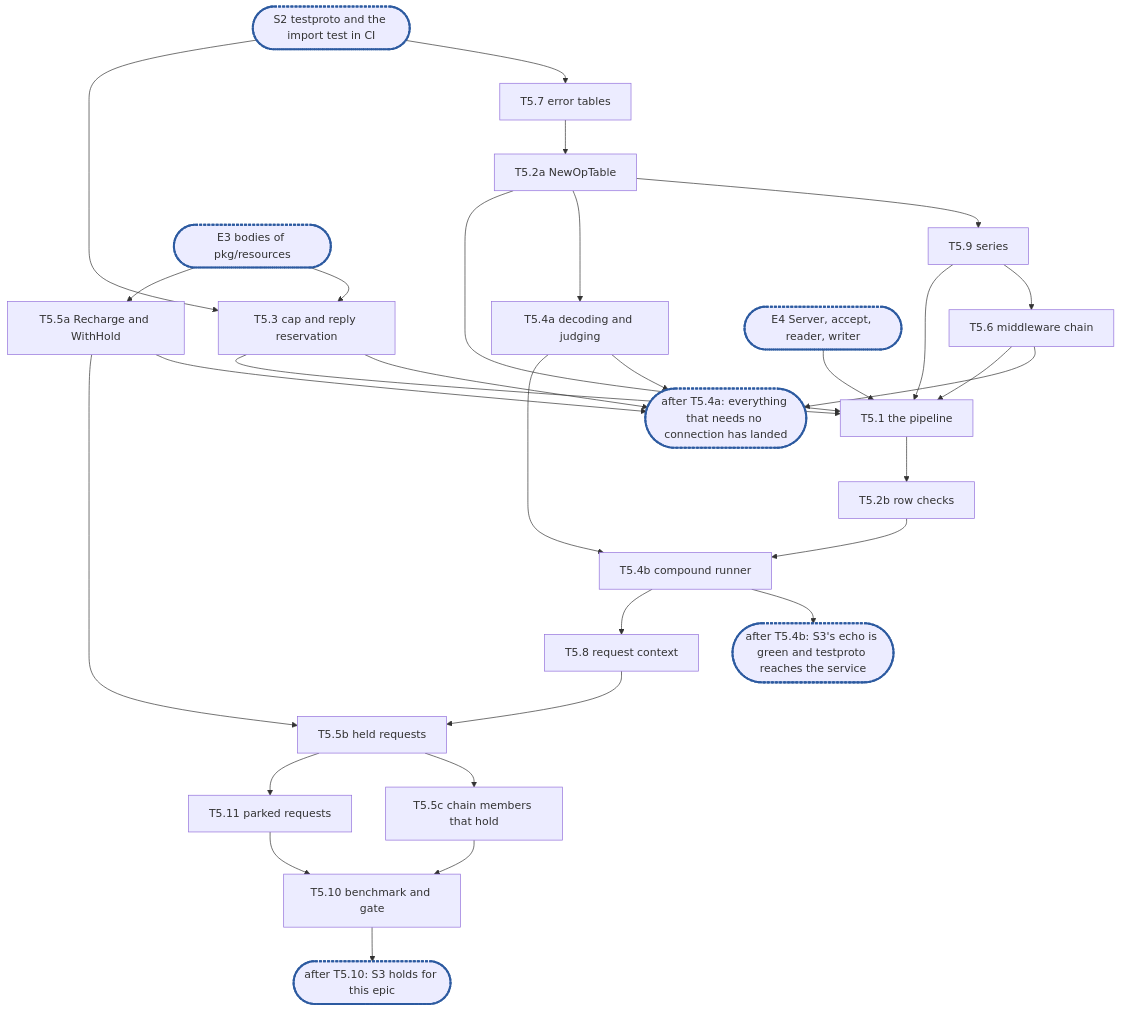
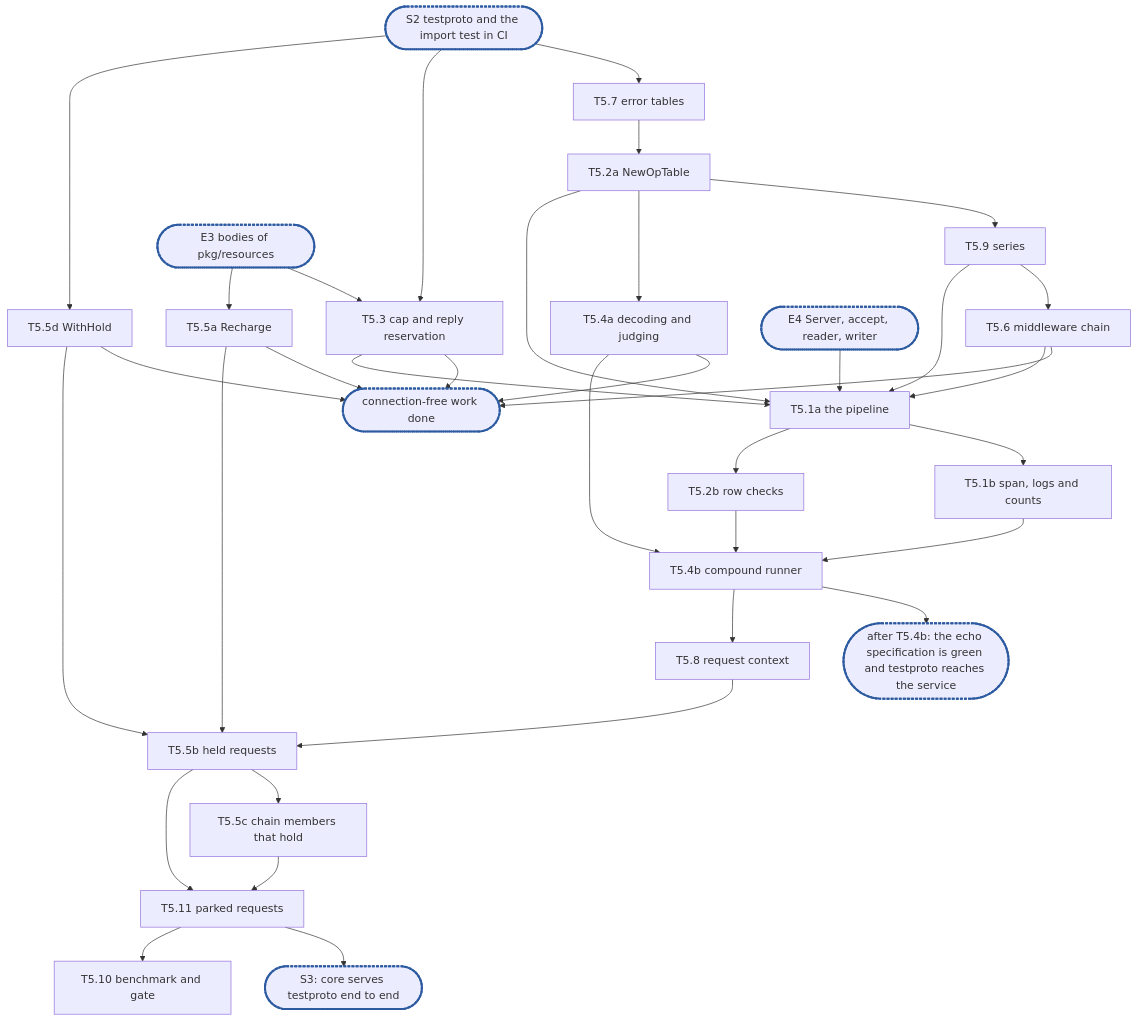
Before and after one commit to cubbit/dittofs: the diagram in docs/internals/planning/rfc-20-adapters-epic5.md, drawn with Mermaid. The commit also changed other lines of this file and 3 other files, not shown here.

````diff
--- a/docs/internals/planning/rfc-20-adapters-epic5.md
+++ b/docs/internals/planning/rfc-20-adapters-epic5.md
@@ -1140,33 +1282,38 @@
 ```mermaid
 flowchart TD
   S2(["S2 testproto and the import test in CI"]):::sync --> T5_7["T5.7 error tables"]
   T5_7 --> T5_2a["T5.2a NewOpTable"]
   T5_2a --> T5_9["T5.9 series"]
   T5_9 --> T5_6["T5.6 middleware chain"]
   S2 --> T5_3["T5.3 cap and reply reservation"]
   E3(["E3 bodies of pkg/resources"]):::sync --> T5_3
-  E3 --> T5_5a["T5.5a Recharge and WithHold"]
+  E3 --> T5_5a["T5.5a Recharge"]
+  S2 --> T5_5d["T5.5d WithHold"]
   T5_2a --> T5_4a["T5.4a decoding and judging"]
-  T5_6 --> C0(["after T5.4a: everything that needs no connection has landed"]):::sync
+  T5_6 --> C0(["connection-free work done"]):::sync
   T5_3 --> C0
   T5_5a --> C0
+  T5_5d --> C0
   T5_4a --> C0
-  E4(["E4 Server, accept, reader, writer"]):::sync --> T5_1["T5.1 the pipeline"]
-  T5_2a --> T5_1
-  T5_9 --> T5_1
-  T5_6 --> T5_1
-  T5_3 --> T5_1
-  T5_1 --> T5_2b["T5.2b row checks"]
+  E4(["E4 Server, accept, reader, writer"]):::sync --> T5_1a["T5.1a the pipeline"]
+  T5_2a --> T5_1a
+  T5_9 --> T5_1a
+  T5_6 --> T5_1a
+  T5_3 --> T5_1a
+  T5_1a --> T5_1b["T5.1b span, logs and counts"]
+  T5_1a --> T5_2b["T5.2b row checks"]
   T5_4a --> T5_4b["T5.4b compound runner"]
+  T5_1b --> T5_4b
   T5_2b --> T5_4b
-  T5_4b --> C1(["after T5.4b: S3's echo is green and testproto reaches the service"]):::sync
+  T5_4b --> C1(["after T5.4b: the echo specification is green and testproto reaches the service"]):::sync
   T5_4b --> T5_8["T5.8 request context"]
   T5_5a --> T5_5b["T5.5b held requests"]
+  T5_5d --> T5_5b
   T5_8 --> T5_5b
   T5_5b --> T5_5c["T5.5c chain members that hold"]
   T5_5b --> T5_11["T5.11 parked requests"]
-  T5_5c --> T5_10["T5.10 benchmark and gate"]
-  T5_11 --> T5_10
-  T5_10 --> C2(["after T5.10: S3 holds for this epic"]):::sync
+  T5_5c --> T5_11
+  T5_11 --> C2(["S3: core serves testproto end to end"]):::sync
+  T5_11 --> T5_10["T5.10 benchmark and gate"]
   classDef sync stroke:#2c5aa0,stroke-width:3px,stroke-dasharray:4 2
 ```
````
